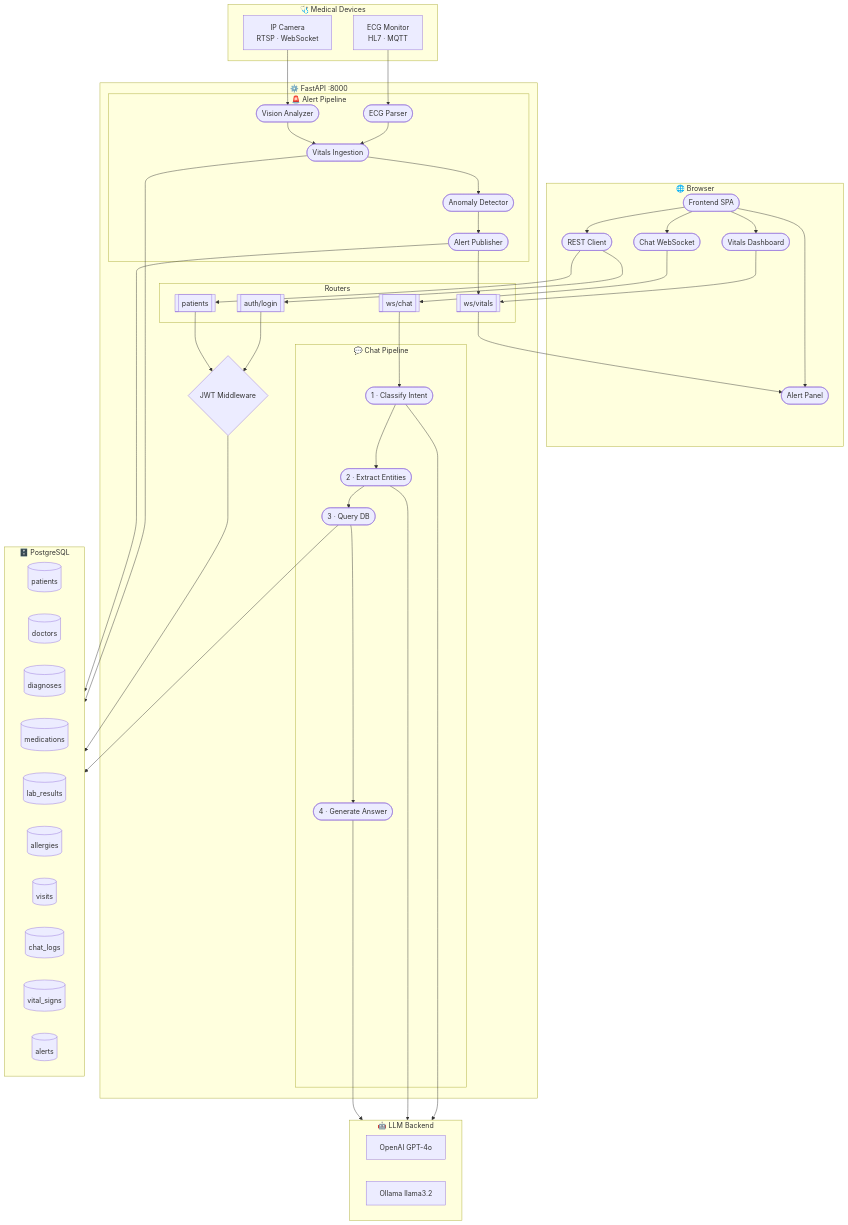
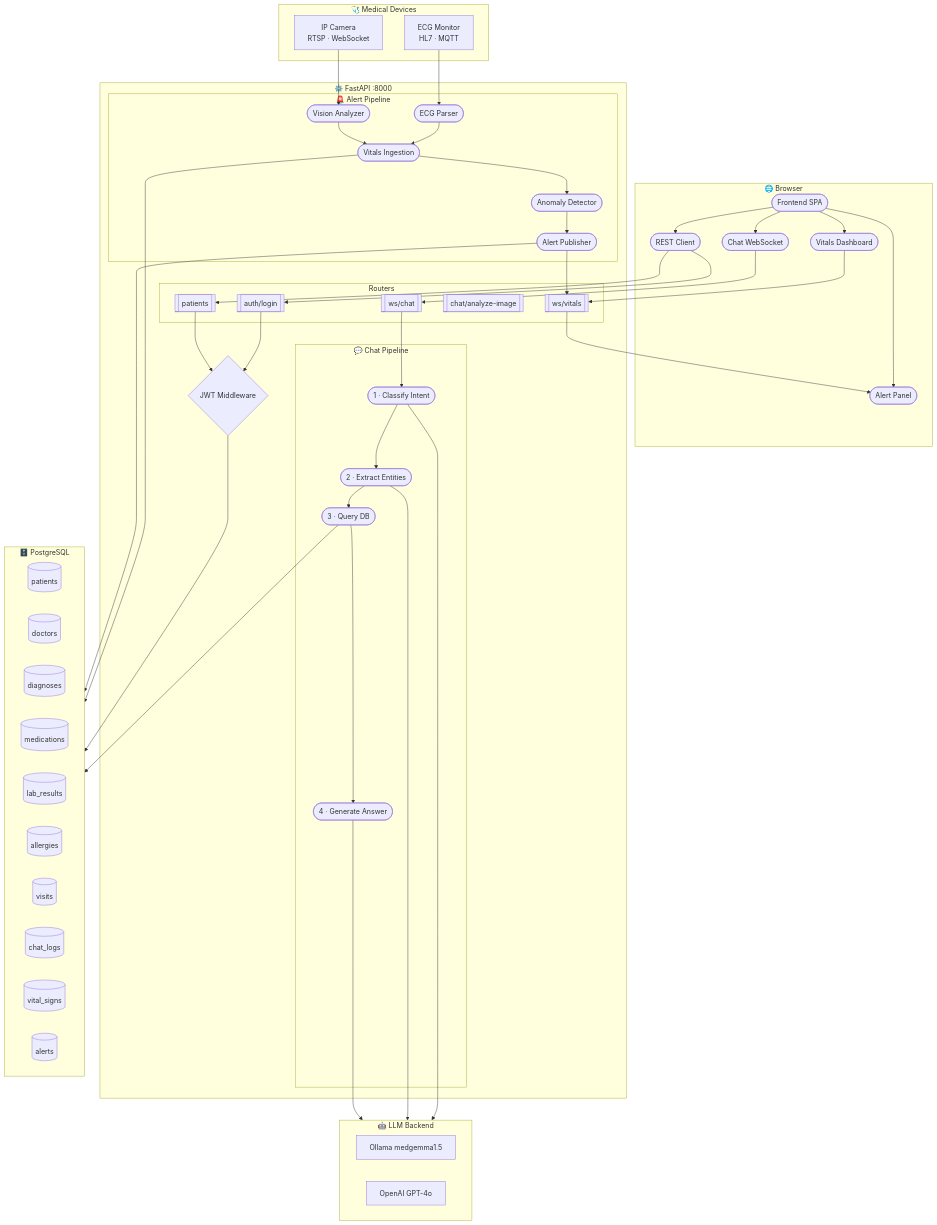
One commit to omarelnokrashy/Shifaa-AI-Based-Patient-Monitoring-System changed the first of 3 diagrams in docs/02_system_architecture.md. Above: the diagram before and after it, drawn with Mermaid. The commit also changed other lines of this file and 16 other files, not shown here.

````diff
--- a/docs/02_system_architecture.md
+++ b/docs/02_system_architecture.md
@@ -86,80 +86,81 @@
 ```mermaid
 graph TB
     subgraph Browser["🌐 Browser"]
         UI([Frontend SPA])
         WS([Chat WebSocket])
         REST([REST Client])
         AlertPanel([Alert Panel])
         VitalDash([Vitals Dashboard])
     end
 
     subgraph Backend["⚙️ FastAPI :8000"]
         Auth{JWT Middleware}
 
         subgraph Routers["Routers"]
             R_Auth[[auth/login]]
             R_Pat[[patients]]
             R_WS[[ws/chat]]
+            R_Uploads[[chat/analyze-image]]
             R_Vitals[[ws/vitals]]
         end
 
         subgraph ChatAI["💬 Chat Pipeline"]
             Intent(["1 · Classify Intent"])
             NER(["2 · Extract Entities"])
             Retriever(["3 · Query DB"])
             LLM(["4 · Generate Answer"])
         end
 
         subgraph AlertPipeline["🚨 Alert Pipeline"]
             ECGParser(["ECG Parser"])
             VisionAnalyzer(["Vision Analyzer"])
             Ingestion(["Vitals Ingestion"])
             AnomalyDetector(["Anomaly Detector"])
             AlertPublisher(["Alert Publisher"])
         end
     end
 
     subgraph DB["🗄️ PostgreSQL"]
         direction LR
         T1[(patients)]
         T2[(doctors)]
         T3[(diagnoses)]
         T4[(medications)]
         T5[(lab_results)]
         T6[(allergies)]
         T7[(visits)]
         T8[(chat_logs)]
         T9[(vital_signs)]
         T10[(alerts)]
     end
 
     subgraph LLMBack["🤖 LLM Backend"]
+        OL[Ollama medgemma1.5]
         OA[OpenAI GPT-4o]
-        OL[Ollama llama3.2]
     end
 
     subgraph Devices["🩺 Medical Devices"]
         ECG[ECG Monitor\nHL7 · MQTT]
         Camera[IP Camera\nRTSP · WebSocket]
     end
 
     UI --> REST & WS
     UI --> AlertPanel & VitalDash
     REST --> R_Auth & R_Pat
     WS --> R_WS
     VitalDash --> R_Vitals
     R_Auth & R_Pat --> Auth
     Auth --> T2
 
     R_WS --> Intent --> NER --> Retriever --> LLM
     Retriever --> DB
     Intent & NER & LLM --> LLMBack
 
     ECG --> ECGParser
     Camera --> VisionAnalyzer
     ECGParser & VisionAnalyzer --> Ingestion
     Ingestion --> T9
     Ingestion --> AnomalyDetector --> AlertPublisher
     AlertPublisher --> T10
     AlertPublisher --> R_Vitals --> AlertPanel
 ```
````
